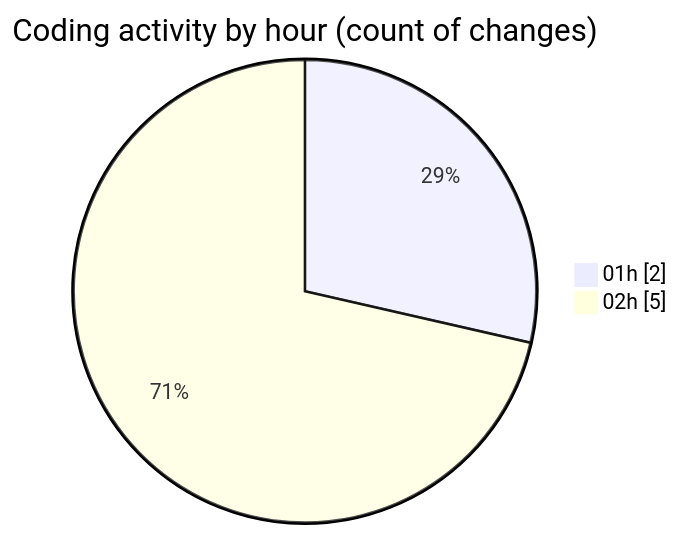
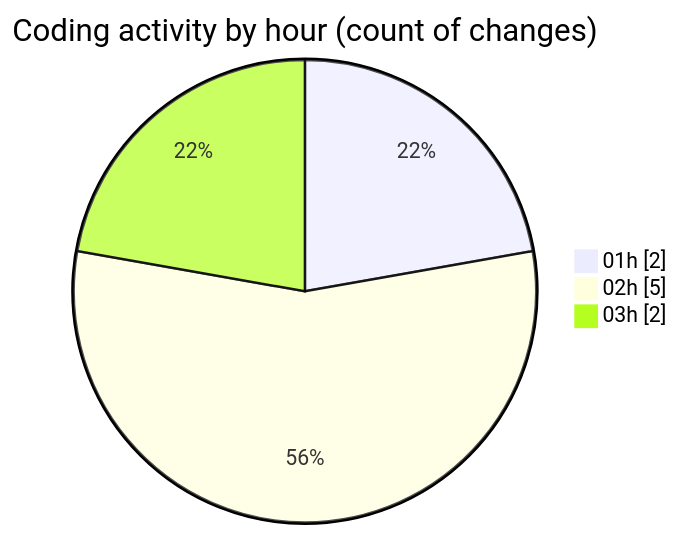
Before and after one commit to shibass792/code-tracking: the second of 2 diagrams in 2026-07-13/untitled__workspace_/README.md, drawn with Mermaid. The commit also changed other lines of this file and 1 other file, not shown here.

````diff
--- a/2026-07-13/untitled__workspace_/README.md
+++ b/2026-07-13/untitled__workspace_/README.md
@@ -35,6 +35,7 @@
 ```mermaid
 pie showData
 title Coding activity by hour (count of changes)
 "01h" : 2
 "02h" : 5
+"03h" : 2
 ```
````
